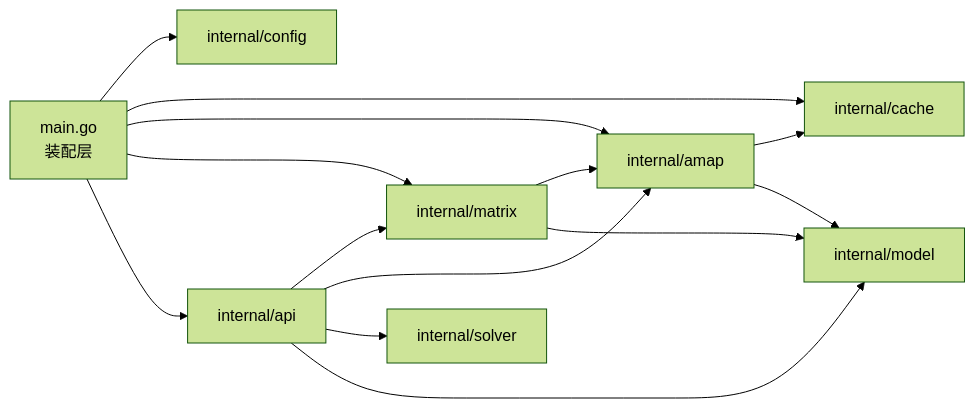
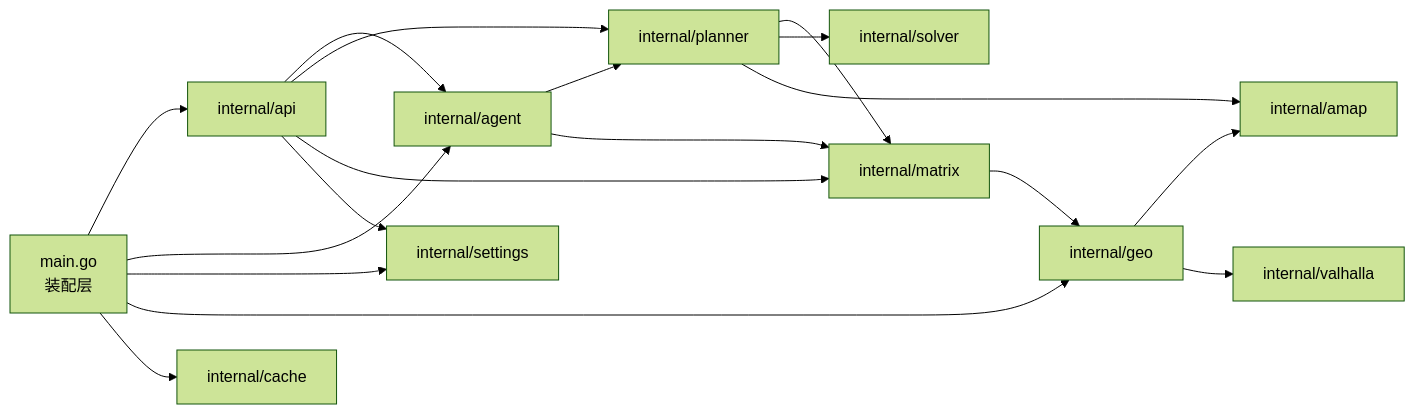
The first of 5 diagrams in README.md (Gulugll/route66), drawn with Mermaid (forest theme) before and after one commit. The commit also changed other lines of this file and 1 other file, not shown here.

First line of the commit message:
docs: README 与 Agent 流程图同步至当前架构

````diff
--- a/README.md
+++ b/README.md
@@ -63,25 +70,32 @@
 ```mermaid
 graph LR
     MAIN["main.go<br/>装配层"]
     API["internal/api"]
+    AG["internal/agent"]
+    PL["internal/planner"]
     MX["internal/matrix"]
+    SOL["internal/solver"]
+    GEO["internal/geo"]
     AM["internal/amap"]
-    SOL["internal/solver"]
+    VH["internal/valhalla"]
+    SET["internal/settings"]
     CA["internal/cache"]
-    MOD["internal/model"]
-    CFG["internal/config"]
 
-    MAIN --> CFG
+    MAIN --> API
+    MAIN --> AG
+    MAIN --> SET
+    MAIN --> GEO
     MAIN --> CA
-    MAIN --> AM
-    MAIN --> MX
-    MAIN --> API
+    API --> AG
+    API --> PL
     API --> MX
-    API --> AM
-    API --> SOL
-    API --> MOD
-    MX --> AM
-    MX --> MOD
-    AM --> CA
-    AM --> MOD
+    API --> SET
+    AG --> PL
+    AG --> MX
+    PL --> MX
+    PL --> SOL
+    PL --> AM
+    MX --> GEO
+    GEO --> AM
+    GEO --> VH
 ```
````
